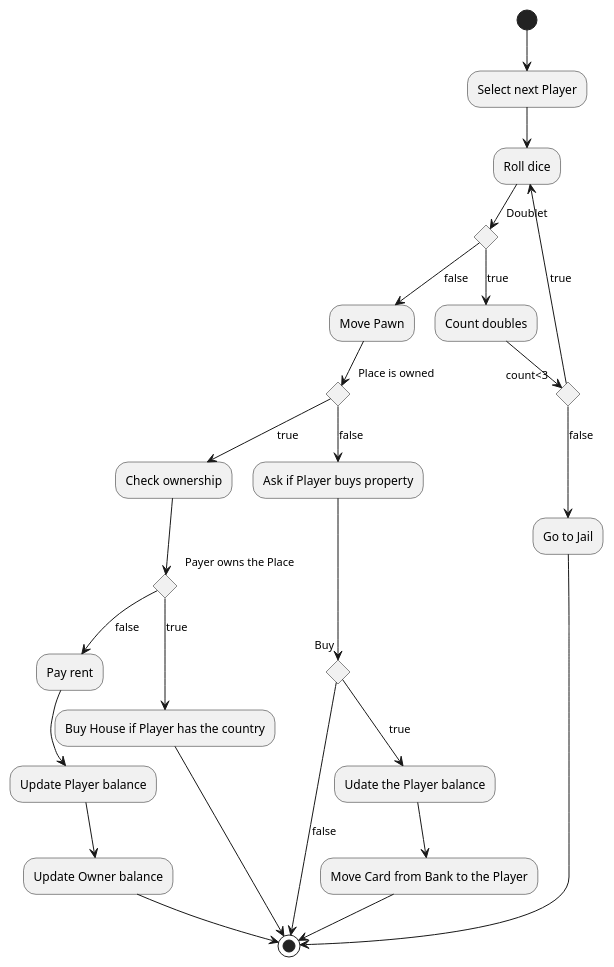
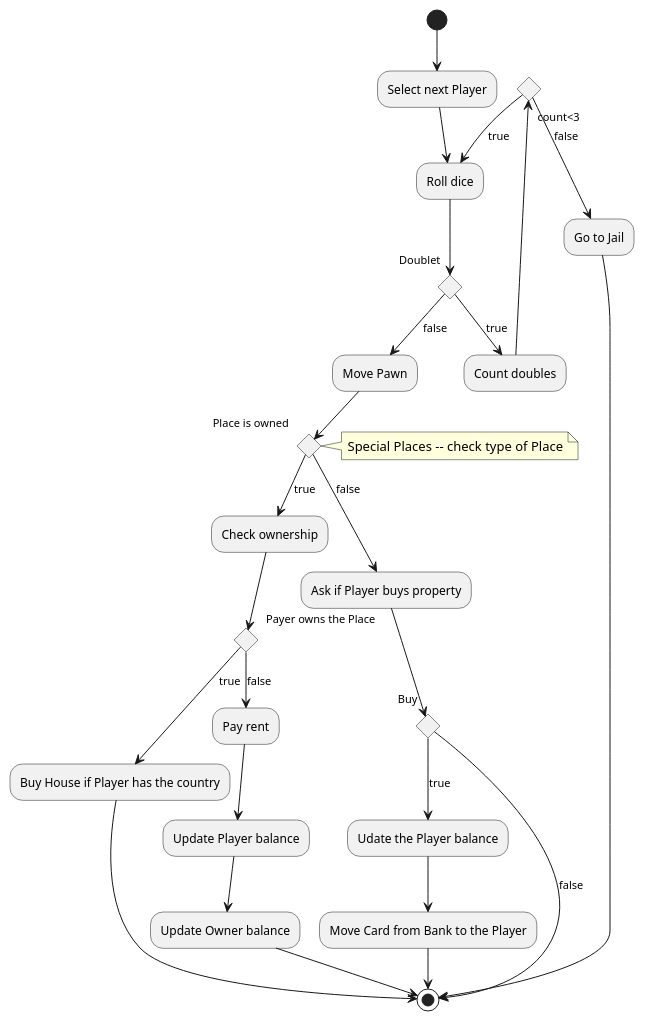
One commit to kpodlaski/ProjObj2019 changed the diagram in zaoczne/gr2/monopoly/activity_diagram_move.plantuml. Above: the diagram before and after it, drawn with PlantUML. The commit also changed 1 other file, not shown here.

```diff
--- a/zaoczne/gr2/monopoly/activity_diagram_move.plantuml
+++ b/zaoczne/gr2/monopoly/activity_diagram_move.plantuml
@@ -1,35 +1,38 @@
 @startuml
 
 (*) --> "Select next Player"
 --> "Roll dice"
 if "Doublet" then 
     --> [true] "Count doubles" 
     else 
     --> [false] "Move Pawn"
 if "Place is owned" then 
+note left
+    Special Places -- check type of Place
+endnote
 --> [true] "Check ownership"
 else 
 --> [false] "Ask if Player buys property"
 if "Buy" then 
 --> [false] (*)
 else 
 --> [true] "Udate the Player balance"
 --> "Move Card from Bank to the Player"
 --> (*)
 
 "Check ownership" --> if "Payer owns the Place"
 --> [true] "Buy House if Player has the country" as buy
 else 
 --> [false] "Pay rent"
 --> "Update Player balance"
 --> "Update Owner balance"
 -->(*)
 
 "Count doubles" --> if "count<3" then
 --> [true] "Roll dice"
 else 
 -->[false] "Go to Jail"
 -->(*)
 
 buy -->(*)
 @enduml
```
